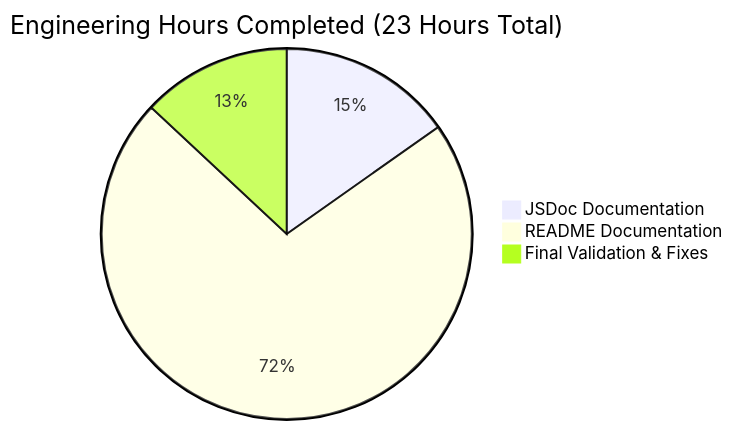
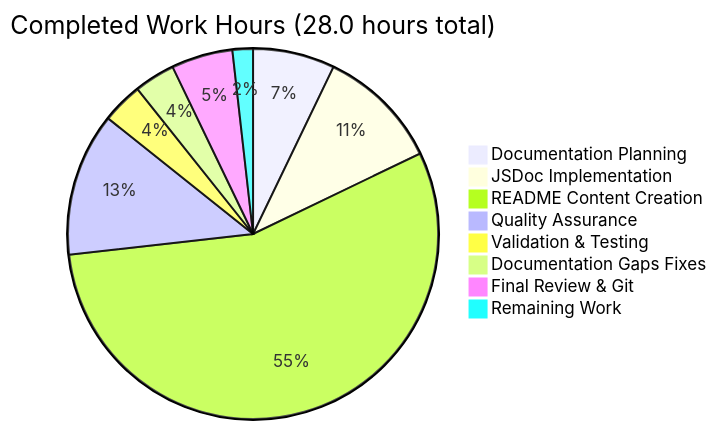
One commit to lakshya-blitzy/hello_world_Oct_2025 changed the diagram in blitzy/documentation/Project Guide.md. Above: the diagram before and after it, drawn with Mermaid. The commit also changed other lines of this file, not shown here.

Commit message:
Adding Blitzy Project Guide: Project Status and Human Tasks Remaining

````diff
--- a/blitzy/documentation/Project Guide.md
+++ b/blitzy/documentation/Project Guide.md
@@ -228,6 +639,11 @@
 ```mermaid
-pie title Engineering Hours Completed (23 Hours Total)
-    "JSDoc Documentation" : 3.5
-    "README Documentation" : 16.5
-    "Final Validation & Fixes" : 3.0
+pie title Completed Work Hours (28.0 hours total)
+    "Documentation Planning" : 2.0
+    "JSDoc Implementation" : 3.0
+    "README Content Creation" : 15.5
+    "Quality Assurance" : 3.5
+    "Validation & Testing" : 1.0
+    "Documentation Gaps Fixes" : 1.0
+    "Final Review & Git" : 1.5
+    "Remaining Work" : 0.5
 ```
````
